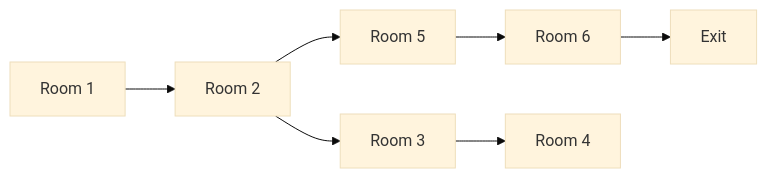
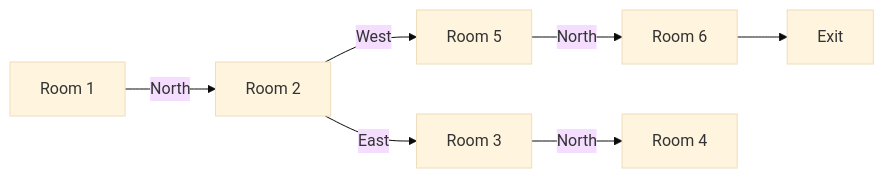
Before and after one commit to joao-fernandes97/YetAnotherDungeonCrawler: the second of 2 diagrams in README.md, drawn with Mermaid (base theme).

Commit message:
Added directions to the map

````diff
--- a/README.md
+++ b/README.md
@@ -74,14 +74,14 @@
 ```mermaid
 ---
 
 ---
 graph LR
-    A[Room 1] --> B[Room 2]
-    B --> C[Room 5]
-    B --> E[Room 3]
-    C --> D[Room 6]
-    E --> F[Room 4]
+    A[Room 1] -- North --> B[Room 2]
+    B -- West --> C[Room 5]
+    B -- East --> E[Room 3]
+    C -- North --> D[Room 6]
+    E -- North --> F[Room 4]
     D --> Z[Exit]
     
 
 ```
````
